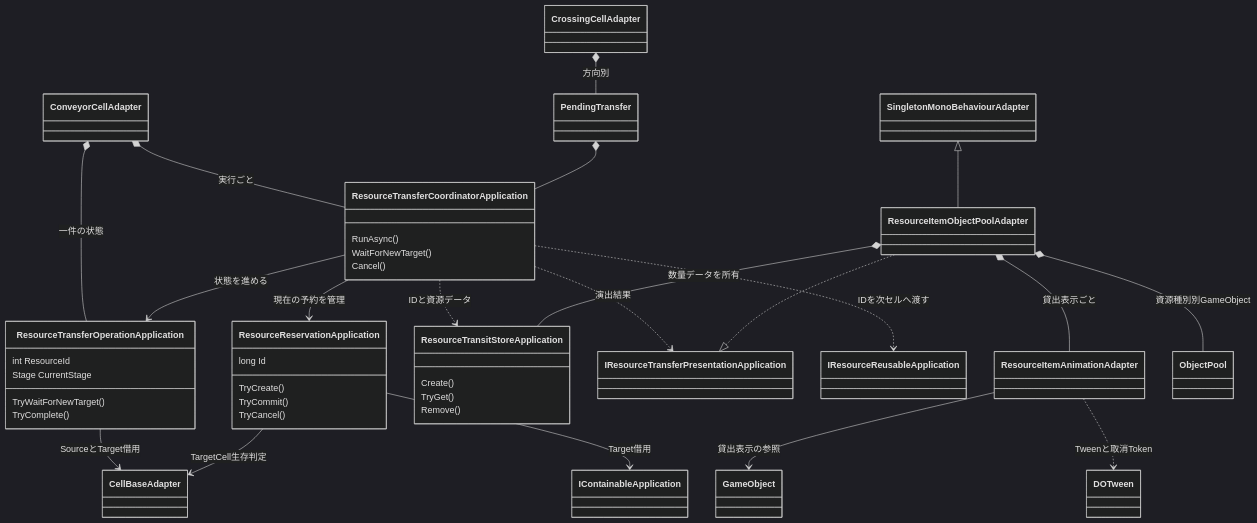
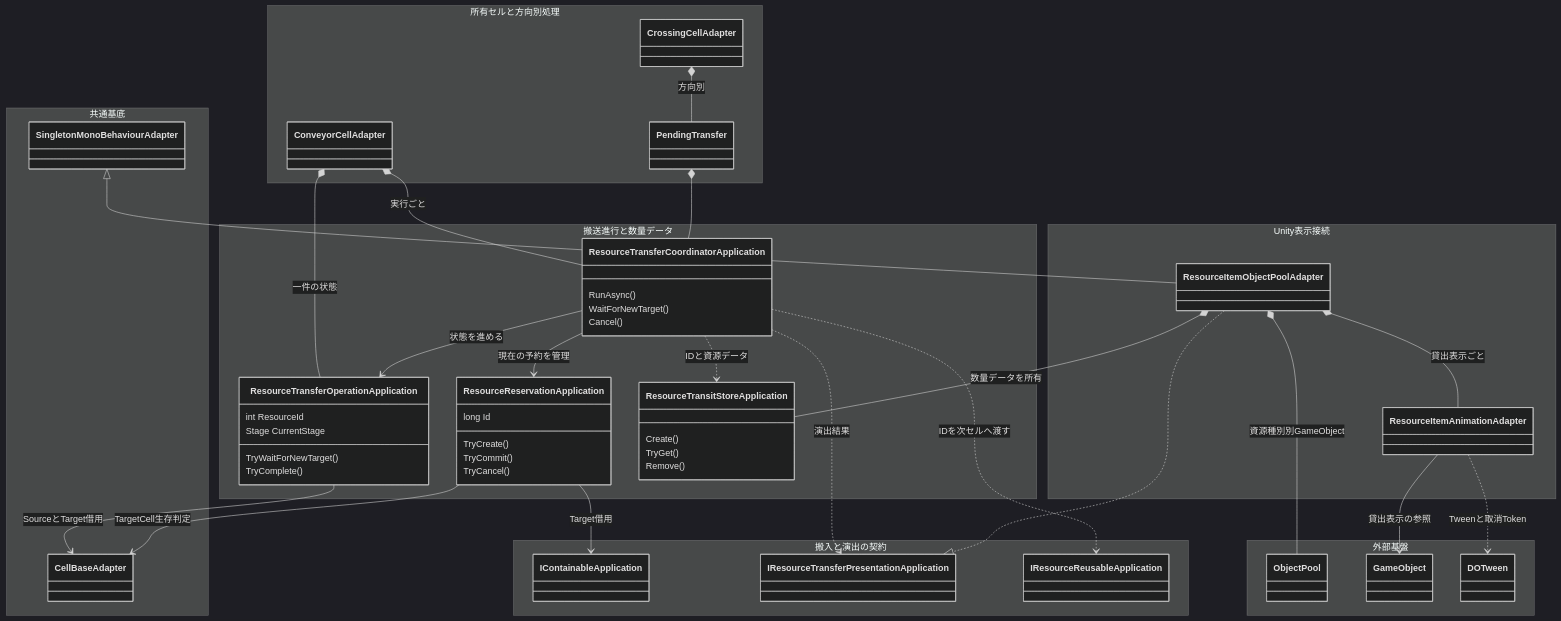
The first of 3 diagrams in docs/design/architecture-transfers-crafting.md (AoiTomiyama/FactoryGame), drawn with Mermaid (dark theme) before and after one commit. The commit also changed other lines of this file and 5 other files, not shown here.

Commit message:
[docs] 全設計図へ役割別配色と責務分類を展開

````diff
--- a/docs/design/architecture-transfers-crafting.md
+++ b/docs/design/architecture-transfers-crafting.md
@@ -10,44 +10,69 @@
 ```mermaid
 classDiagram
+ namespace 共通基底 {
+ class CellBaseAdapter
+ class SingletonMonoBehaviourAdapter
+ }
+ namespace 所有セルと方向別処理 {
+ class ConveyorCellAdapter
+ class CrossingCellAdapter
+ class PendingTransfer
+ }
+ namespace 搬送進行と数量データ {
+ class ResourceTransferOperationApplication {
+  int ResourceId
+  Stage CurrentStage
+  TryWaitForNewTarget()
+  TryComplete()
+ }
+ class ResourceTransferCoordinatorApplication {
+  RunAsync()
+  WaitForNewTarget()
+  Cancel()
+ }
+ class ResourceReservationApplication {
+  long Id
+  TryCreate()
+  TryCommit()
+  TryCancel()
+ }
+ class ResourceTransitStoreApplication {
+  Create()
+  TryGet()
+  Remove()
+ }
+ }
+ namespace 搬入と演出の契約 {
+ class IContainableApplication
+ class IResourceTransferPresentationApplication
+ class IResourceReusableApplication
+ }
+ namespace Unity表示接続 {
+ class ResourceItemObjectPoolAdapter
+ class ResourceItemAnimationAdapter
+ }
+ namespace 外部基盤 {
+ class ObjectPool
+ class GameObject
+ class DOTween
+ }
  ConveyorCellAdapter *-- ResourceTransferOperationApplication : 一件の状態
  ConveyorCellAdapter *-- ResourceTransferCoordinatorApplication : 実行ごと
  CrossingCellAdapter *-- PendingTransfer : 方向別
  PendingTransfer *-- ResourceTransferCoordinatorApplication
  ResourceTransferCoordinatorApplication --> ResourceTransferOperationApplication : 状態を進める
  ResourceTransferCoordinatorApplication --> ResourceReservationApplication : 現在の予約を管理
  ResourceTransferOperationApplication --> CellBaseAdapter : SourceとTarget借用
  ResourceReservationApplication --> IContainableApplication : Target借用
  ResourceReservationApplication --> CellBaseAdapter : TargetCell生存判定
  ResourceTransferCoordinatorApplication ..> ResourceTransitStoreApplication : IDと資源データ
  ResourceTransferCoordinatorApplication ..> IResourceTransferPresentationApplication : 演出結果
  ResourceTransferCoordinatorApplication ..> IResourceReusableApplication : IDを次セルへ渡す
  ResourceItemObjectPoolAdapter ..|> IResourceTransferPresentationApplication
  SingletonMonoBehaviourAdapter <|-- ResourceItemObjectPoolAdapter
  ResourceItemObjectPoolAdapter *-- ResourceTransitStoreApplication : 数量データを所有
  ResourceItemObjectPoolAdapter *-- ResourceItemAnimationAdapter : 貸出表示ごと
  ResourceItemObjectPoolAdapter *-- ObjectPool : 資源種別別GameObject
  ResourceItemAnimationAdapter --> GameObject : 貸出表示の参照
  ResourceItemAnimationAdapter ..> DOTween : Tweenと取消Token
- class ResourceTransferOperationApplication {
-  int ResourceId
-  Stage CurrentStage
-  TryWaitForNewTarget()
-  TryComplete()
- }
- class ResourceReservationApplication {
-  long Id
-  TryCreate()
-  TryCommit()
-  TryCancel()
- }
- class ResourceTransferCoordinatorApplication {
-  RunAsync()
-  WaitForNewTarget()
-  Cancel()
- }
- class ResourceTransitStoreApplication {
-  Create()
-  TryGet()
-  Remove()
- }
 ```
````
